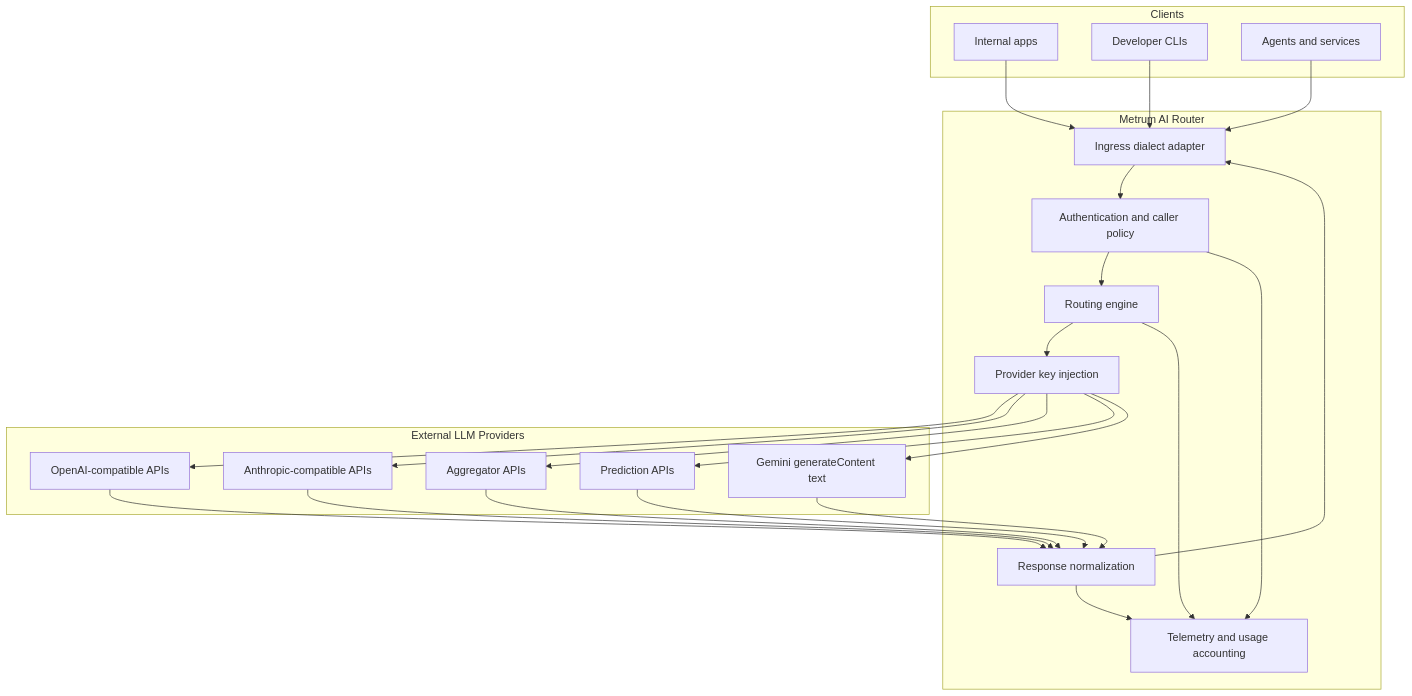
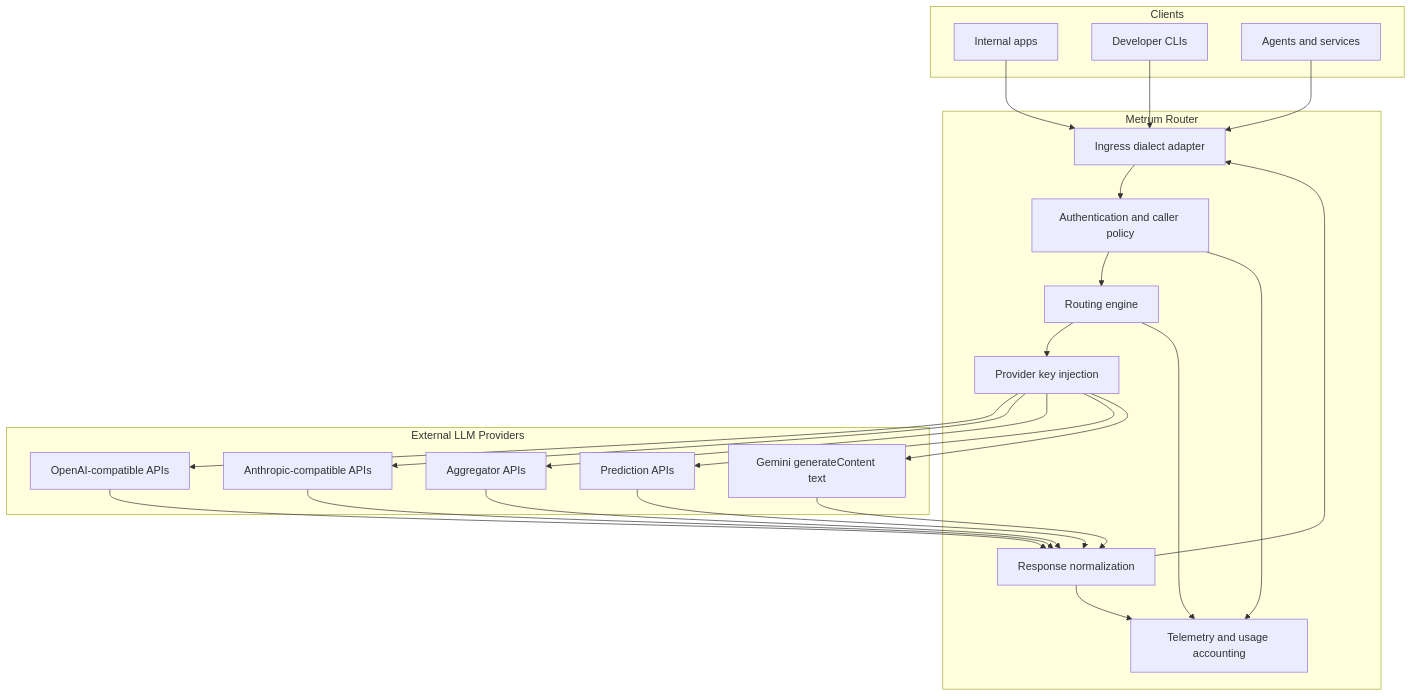
Before and after one commit to Metrum-AI-Products/genai-smart-router: the second of 7 diagrams in docs/solution-brief.md, drawn with Mermaid. The commit also changed other lines of this file and 110 other files, not shown here.

First line of the commit message:
Close OSS Launch A readiness for Metrum Router.

````diff
--- a/docs/solution-brief.md
+++ b/docs/solution-brief.md
@@ -78,44 +78,44 @@
 ```mermaid
 flowchart TB
   subgraph Clients
     C1[Internal apps]
     C2[Developer CLIs]
     C3[Agents and services]
   end
 
-  subgraph Router[Metrum AI Router]
+  subgraph Router[Metrum Router]
     I[Ingress dialect adapter]
     A[Authentication and caller policy]
     R[Routing engine]
     K[Provider key injection]
     O[Response normalization]
     T[Telemetry and usage accounting]
   end
 
   subgraph Providers[External LLM Providers]
     OA[OpenAI-compatible APIs]
     AN[Anthropic-compatible APIs]
     OR[Aggregator APIs]
     RP[Prediction APIs]
     GM[Gemini generateContent text]
   end
 
   C1 --> I
   C2 --> I
   C3 --> I
   I --> A --> R --> K
   K --> OA
   K --> AN
   K --> OR
   K --> RP
   K --> GM
   OA --> O
   AN --> O
   OR --> O
   RP --> O
   GM --> O
   O --> I
   A --> T
   R --> T
   O --> T
 ```
````
